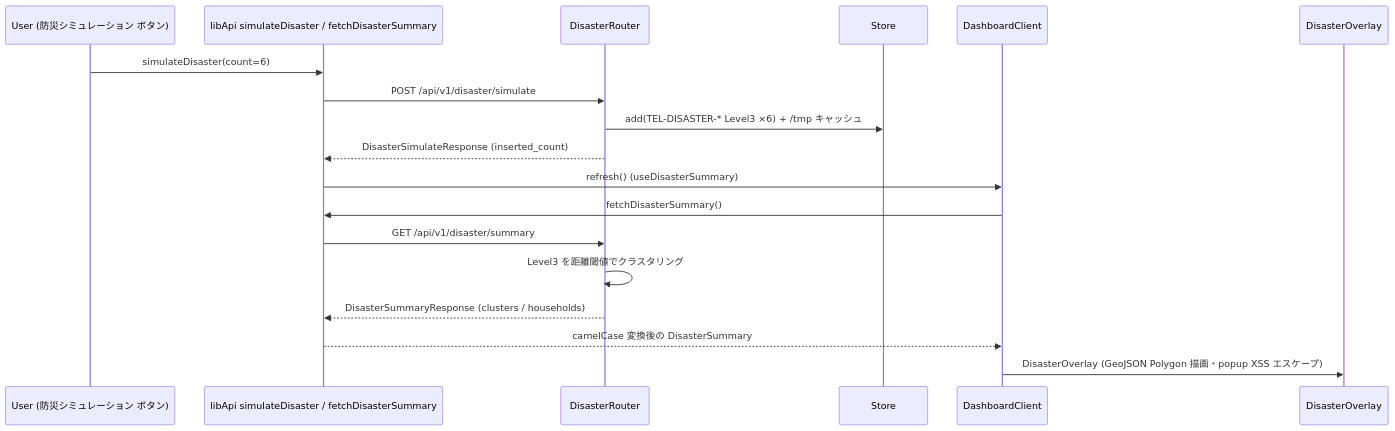
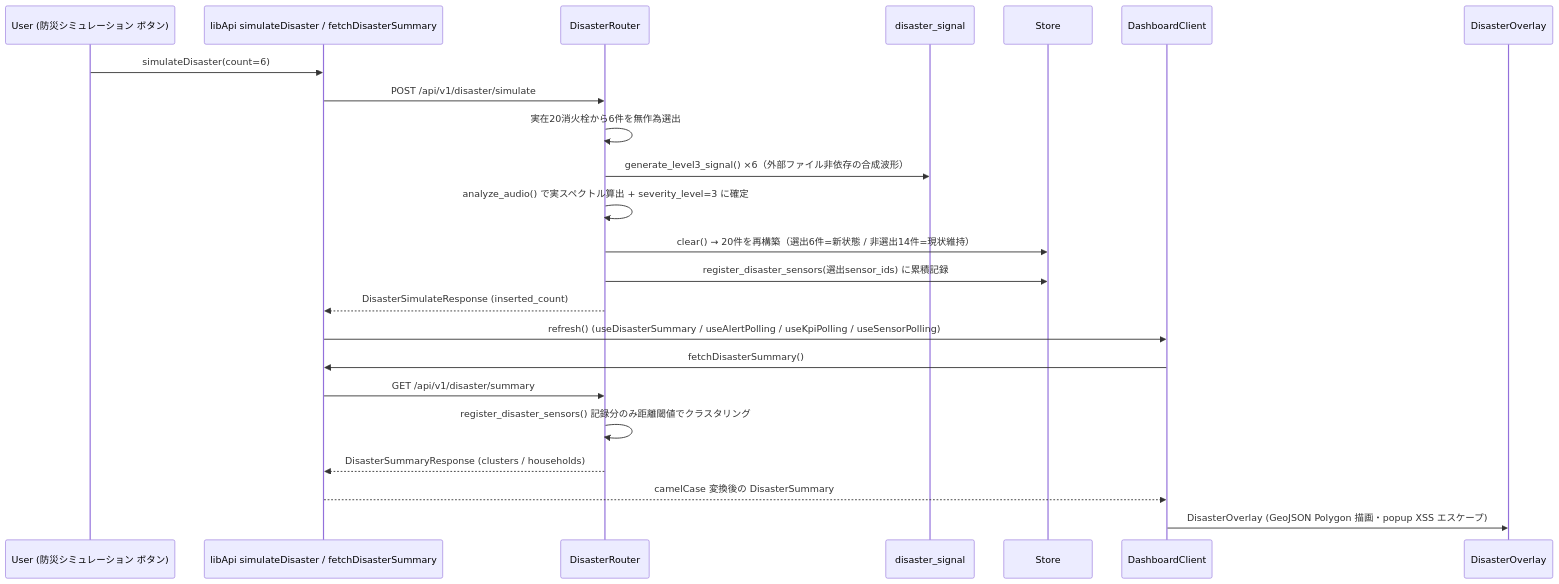
Before and after one commit to taka0928eye/smartwater-guardian: the fifth of 5 diagrams in docs/spec_doc/architecture.md, drawn with Mermaid. The commit also changed other lines of this file and 23 other files, not shown here.

````diff
--- a/docs/spec_doc/architecture.md
+++ b/docs/spec_doc/architecture.md
@@ -217,21 +237,26 @@
 ```mermaid
 sequenceDiagram
     participant U as User (防災シミュレーション ボタン)
     participant API as libApi simulateDisaster / fetchDisasterSummary
     participant R as DisasterRouter
+    participant SIG as disaster_signal
     participant ST as Store
     participant D as DashboardClient
     participant DIS as DisasterOverlay
 
     U->>API: simulateDisaster(count=6)
     API->>R: POST /api/v1/disaster/simulate
-    R->>ST: add(TEL-DISASTER-* Level3 ×6) + /tmp キャッシュ
+    R->>R: 実在20消火栓から6件を無作為選出
+    R->>SIG: generate_level3_signal() ×6（外部ファイル非依存の合成波形）
+    R->>R: analyze_audio() で実スペクトル算出 + severity_level=3 に確定
+    R->>ST: clear() → 20件を再構築（選出6件=新状態 / 非選出14件=現状維持）
+    R->>ST: register_disaster_sensors(選出sensor_ids) に累積記録
     R-->>API: DisasterSimulateResponse (inserted_count)
-    API->>D: refresh() (useDisasterSummary)
+    API->>D: refresh() (useDisasterSummary / useAlertPolling / useKpiPolling / useSensorPolling)
     D->>API: fetchDisasterSummary()
     API->>R: GET /api/v1/disaster/summary
-    R->>R: Level3 を距離閾値でクラスタリング
+    R->>R: register_disaster_sensors() 記録分のみ距離閾値でクラスタリング
     R-->>API: DisasterSummaryResponse (clusters / households)
     API-->>D: camelCase 変換後の DisasterSummary
     D->>DIS: DisasterOverlay (GeoJSON Polygon 描画・popup XSS エスケープ)
 ```
````
